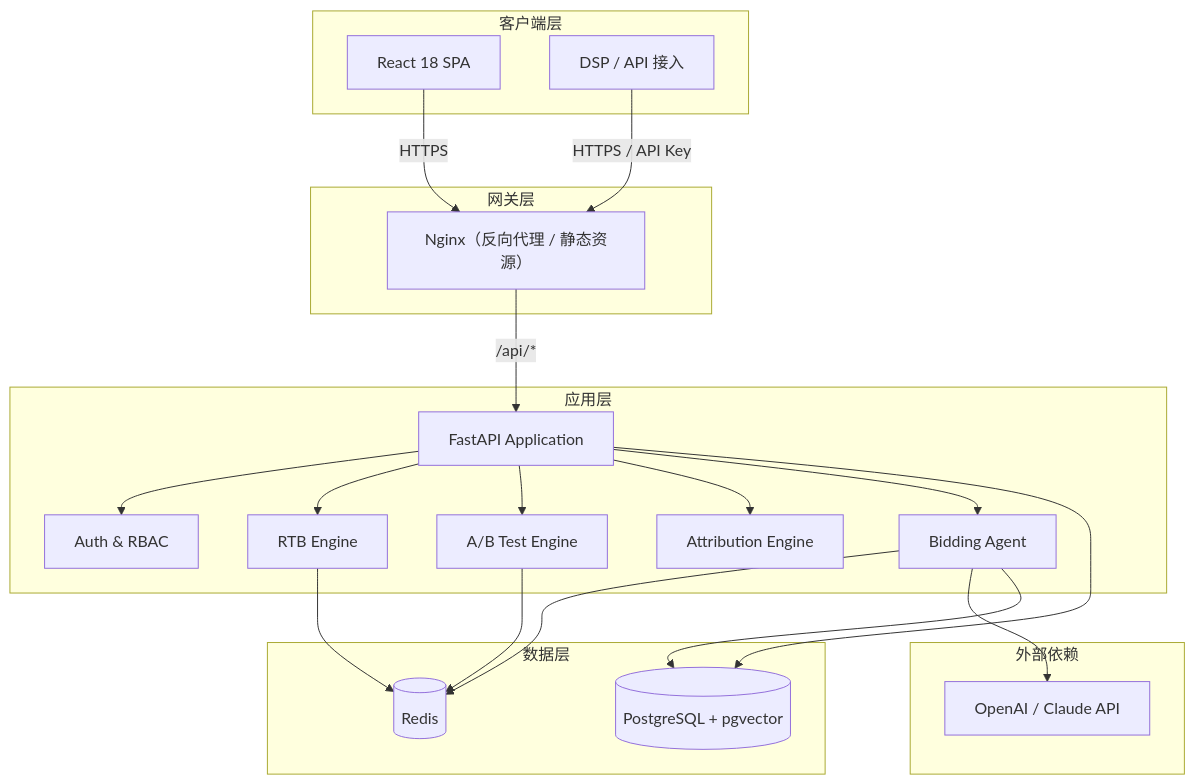
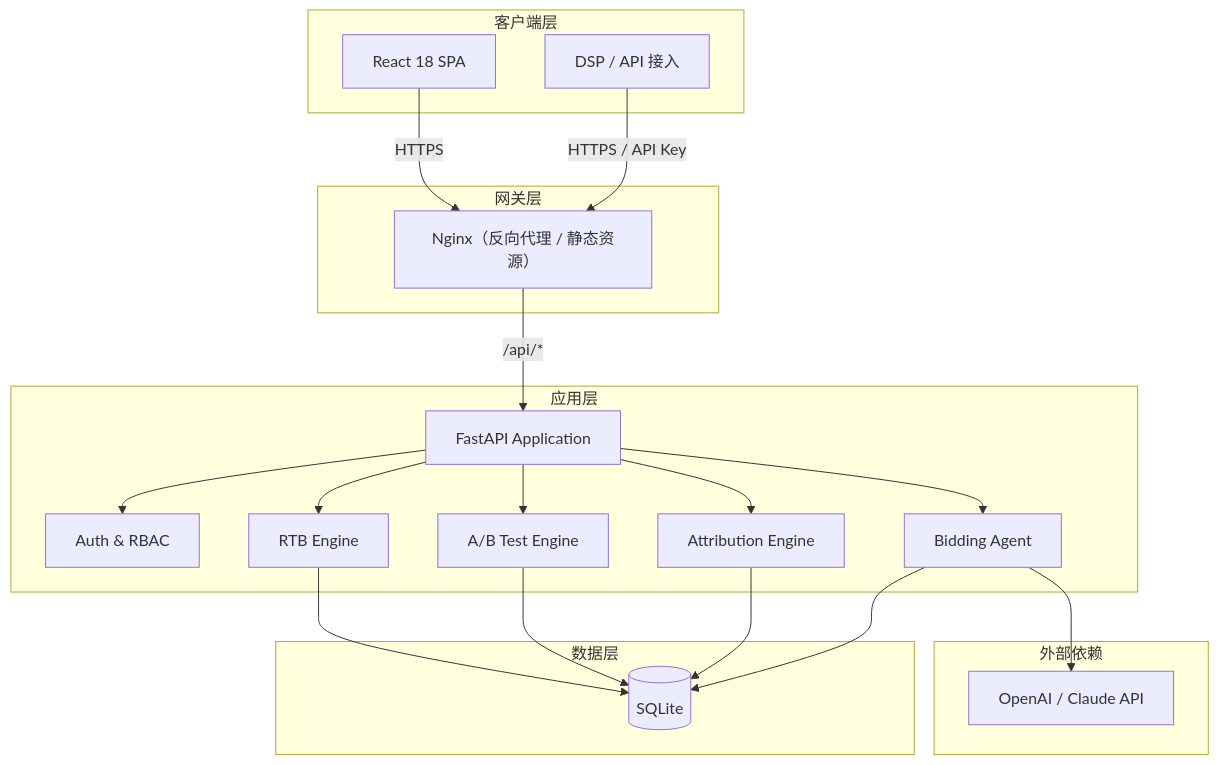
Before and after one commit to hutao-7777/ADPULSE: the first of 8 diagrams in docs/architecture.md, drawn with Mermaid. The commit also changed other lines of this file and 68 other files, not shown here.

````diff
--- a/docs/architecture.md
+++ b/docs/architecture.md
@@ -37,44 +35,42 @@
 ```mermaid
 flowchart TB
     subgraph Client["客户端层"]
         WEB["React 18 SPA"]
         DSP["DSP / API 接入"]
     end
 
     subgraph Gateway["网关层"]
         NGINX["Nginx（反向代理 / 静态资源）"]
     end
 
     subgraph App["应用层"]
         API["FastAPI Application"]
         AUTH["Auth & RBAC"]
         RTB["RTB Engine"]
         AB["A/B Test Engine"]
         ATT["Attribution Engine"]
         AGENT["Bidding Agent"]
     end
 
     subgraph Data["数据层"]
-        PG[("PostgreSQL + pgvector")]
-        REDIS[("Redis")]
+        DB[("SQLite")]
     end
 
     subgraph Ext["外部依赖"]
         LLM["OpenAI / Claude API"]
     end
 
     WEB -->|HTTPS| NGINX
     DSP -->|HTTPS / API Key| NGINX
     NGINX -->|/api/*| API
     API --> AUTH
     API --> RTB
     API --> AB
     API --> ATT
     API --> AGENT
-    RTB --> REDIS
-    AB --> REDIS
-    AGENT --> REDIS
+    RTB --> DB
+    AB --> DB
+    ATT --> DB
+    AGENT --> DB
     AGENT --> LLM
-    API --> PG
-    AGENT --> PG
 ```
````
